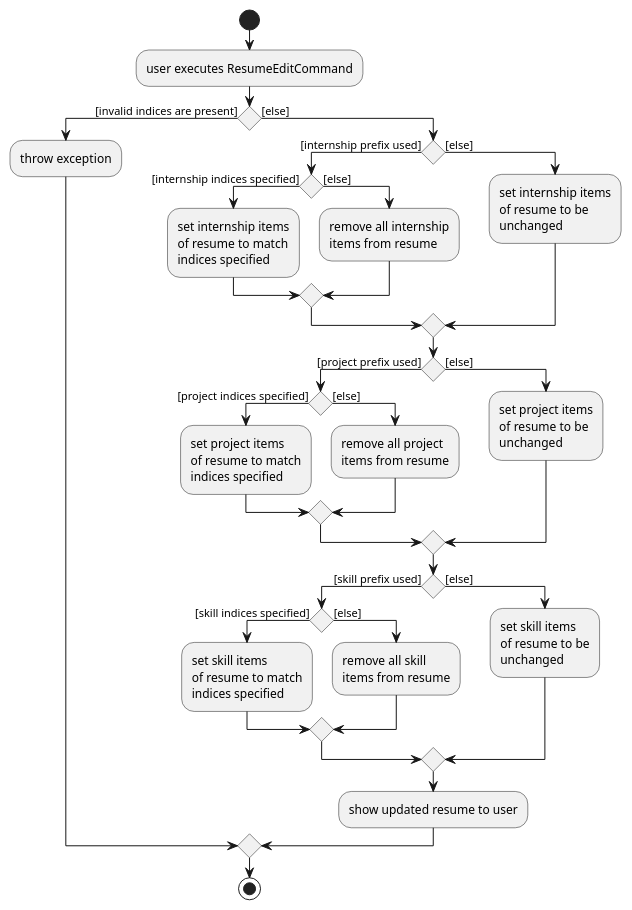
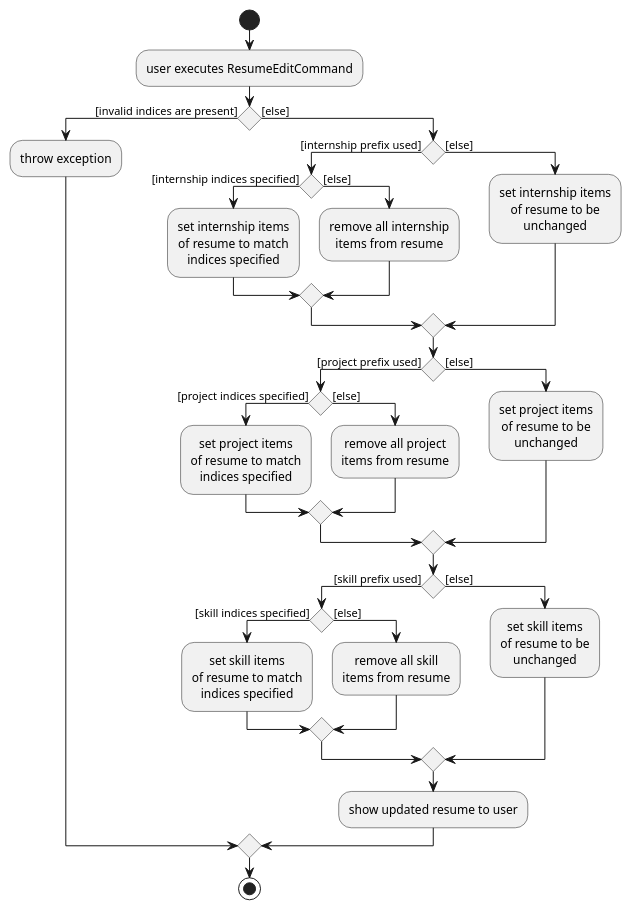
The diagram in docs/diagrams/ResumeEditActivityDiagram.puml (wardetu/main), drawn with PlantUML before and after one commit. The commit also changed 1 other file, not shown here.

Commit message:
Centralise text for Redit Activity Diagram

```diff
--- a/docs/diagrams/ResumeEditActivityDiagram.puml
+++ b/docs/diagrams/ResumeEditActivityDiagram.puml
@@ -1,54 +1,56 @@
 @startuml
+skinparam defaultTextAlignment center
+
 start
 :user executes ResumeEditCommand;
 
 if () then ([invalid indices are present])
     :throw exception;
 else ([else])
     if () then ([internship prefix used])
         if () then ([internship indices specified])
             :set internship items
             of resume to match
             indices specified;
         else ([else])
             :remove all internship
             items from resume;
         endif
     else ([else])
         :set internship items
         of resume to be
         unchanged;
     endif
     if () then ([project prefix used])
         if () then ([project indices specified])
             :set project items
             of resume to match
             indices specified;
         else ([else])
             :remove all project
             items from resume;
         endif
     else ([else])
         :set project items
         of resume to be
         unchanged;
     endif
     if () then ([skill prefix used])
         if () then ([skill indices specified])
             :set skill items
             of resume to match
             indices specified;
         else ([else])
             :remove all skill
             items from resume;
         endif
     else ([else])
         :set skill items
         of resume to be
         unchanged;
     endif
     :show updated resume to user;
 
 endif
 stop
 @enduml
```
